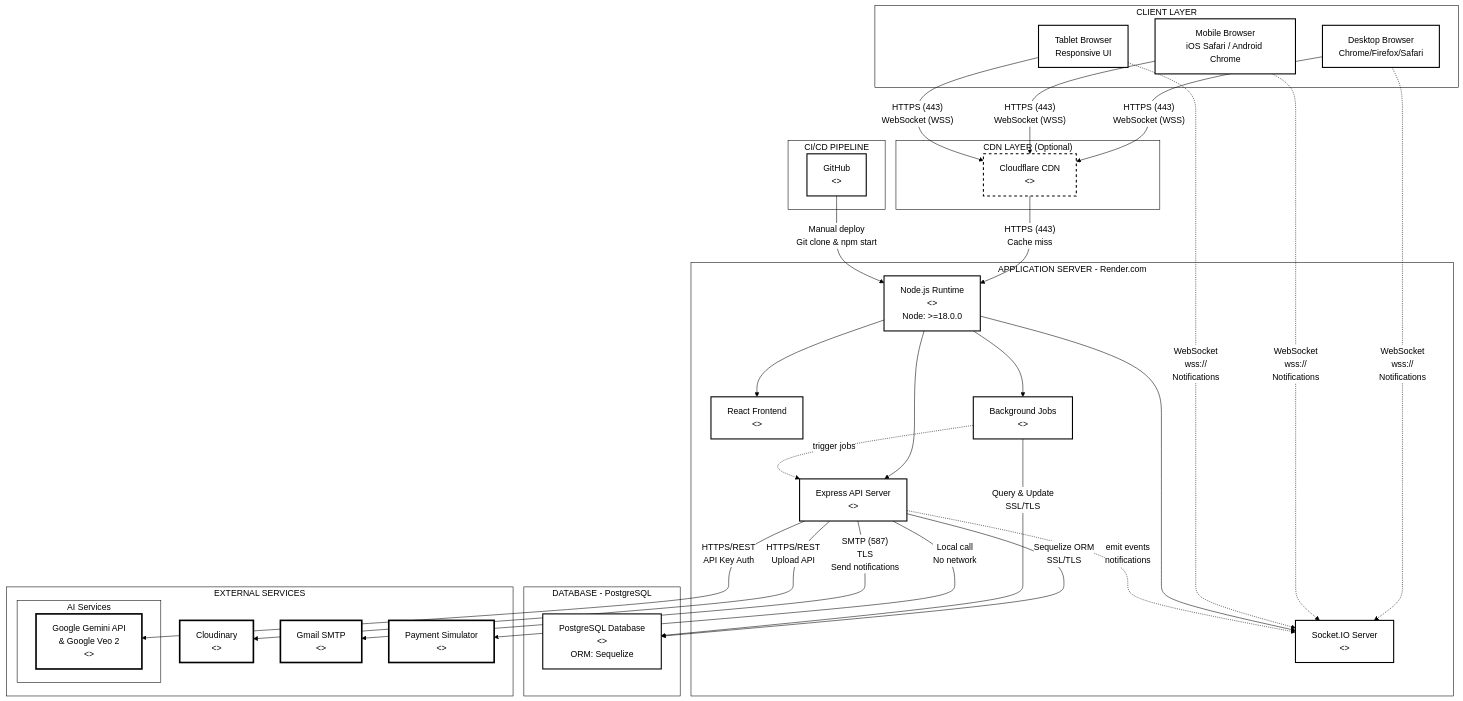
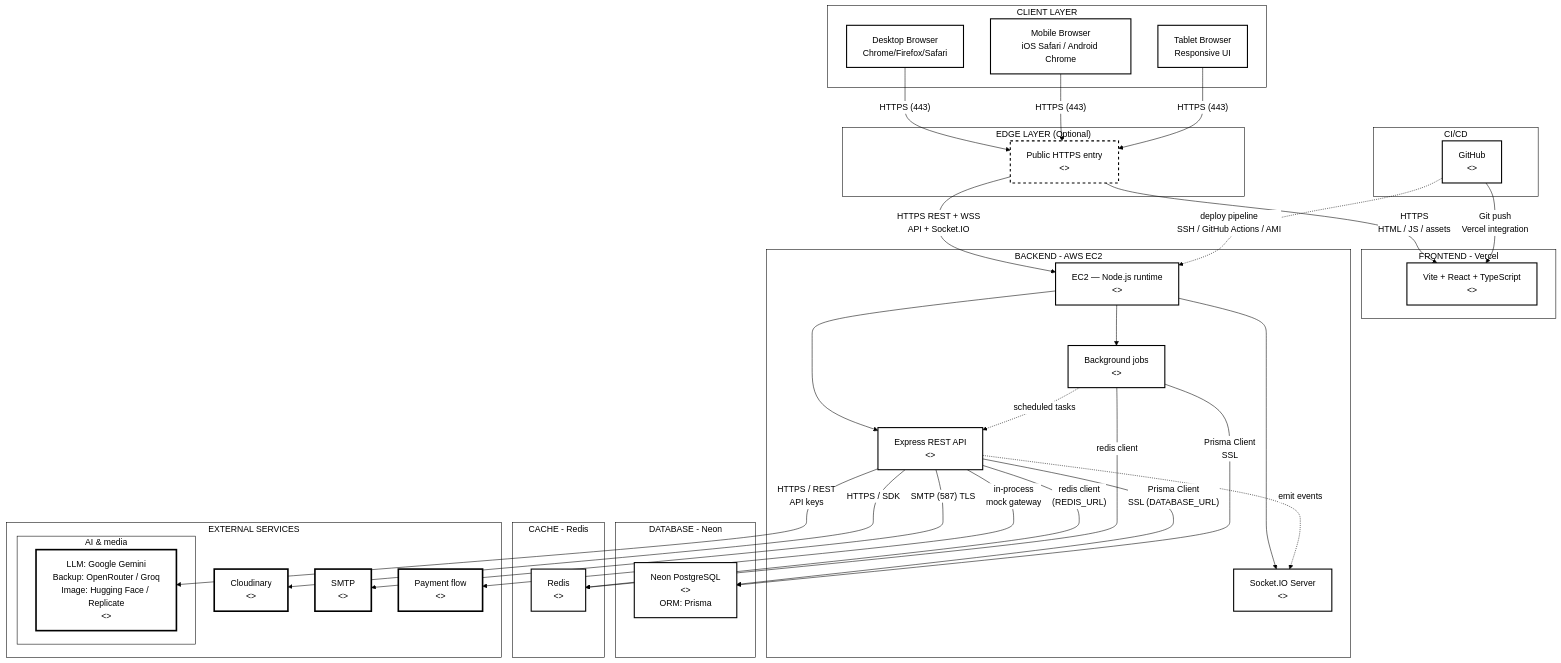
Before and after one commit to KeHamTruyen/SoCo-DATN: the diagram in Materials/Diagrams/Deployment Diagram.mmd, drawn with Mermaid. The commit also changed other lines of this file, not shown here.

Commit message:
docs(diagrams): update deployment architecture diagram

```diff
--- a/Materials/Diagrams/Deployment Diagram.mmd
+++ b/Materials/Diagrams/Deployment Diagram.mmd
@@ -1,105 +1,207 @@
 %%{init: {"theme": "base", "themeVariables": { "primaryColor": "#ffffff", "primaryBorderColor": "#000000", "primaryTextColor": "#000000", "secondaryColor": "#ffffff", "secondaryBorderColor": "#000000", "secondaryTextColor": "#000000", "tertiaryColor": "#ffffff", "tertiaryBorderColor": "#000000", "tertiaryTextColor": "#000000", "lineColor": "#000000", "textColor": "#000000" }}}%%
+
 graph TB
+
     subgraph "CLIENT LAYER"
+
         Desktop["Desktop Browser<br/>Chrome/Firefox/Safari"]
+
         Mobile["Mobile Browser<br/>iOS Safari / Android Chrome"]
+
         Tablet["Tablet Browser<br/>Responsive UI"]
+
     end
 
-    subgraph "CDN LAYER (Optional)"
-        CDN["Cloudflare CDN<br/><<Optional>>"]
+
+
+    subgraph "EDGE LAYER (Optional)"
+
+        CDN["Public HTTPS entry<br/><<optional: Cloudflare, custom domain, WAF>>"]
+
     end
 
-    subgraph "APPLICATION SERVER - Render.com"
-        AppServer["Node.js Runtime<br/><<execution environment>><br/>Node: >=18.0.0"]
-        
-        ReactApp["React Frontend<br/><<static files>>"]
-        
-        ExpressApp["Express API Server<br/><<application>>"]
-        
-        SocketServer["Socket.IO Server<br/><<integrated>>"]
-        
-        CronJobs["Background Jobs<br/><<node-cron>>"]
+
+
+    subgraph "FRONTEND - Vercel"
+
+        VercelApp["Vite + React + TypeScript<br/><<static SPA + Vercel Edge>>"]
+
     end
 
-    subgraph "DATABASE - PostgreSQL"
-        PostgreSQL["PostgreSQL Database<br/><<managed database>><br/>ORM: Sequelize"]
+
+
+    subgraph "BACKEND - AWS EC2"
+
+        EC2Host["EC2 — Node.js runtime<br/><<Express + HTTP server>>"]
+
+
+
+        ExpressApp["Express REST API<br/><<application>>"]
+
+
+
+        SocketServer["Socket.IO Server<br/><<realtime notifications>>"]
+
+
+
+        CronJobs["Background jobs<br/><<node-cron / scheduler>>"]
+
     end
 
-    subgraph "EXTERNAL SERVICES"
-        subgraph "AI Services"
-            GeminiAPI["Google Gemini API<br/>& Google Veo 2<br/><<external service>>"]
-        end
-        
-        FileStorage["Cloudinary<br/><<external service>>"]
-        
-        EmailService["Gmail SMTP<br/><<external service>>"]
-        
-        PaymentMock["Payment Simulator<br/><<mock service>>"]
+
+
+    subgraph "DATABASE - Neon"
+
+        NeonPG["Neon PostgreSQL<br/><<serverless Postgres>><br/>ORM: Prisma"]
+
     end
 
-    subgraph "CI/CD PIPELINE"
-        GitHub["GitHub<br/><<repository>>"]
+
+
+    subgraph "CACHE - Redis"
+
+        Redis["Redis<br/><<session/cache — e.g. ElastiCache, Upstash>>"]
+
     end
 
-    %% Client Connections
-    Desktop -->|"HTTPS (443)<br/>WebSocket (WSS)"| CDN
-    Mobile -->|"HTTPS (443)<br/>WebSocket (WSS)"| CDN
-    Tablet -->|"HTTPS (443)<br/>WebSocket (WSS)"| CDN
-    
-    %% CDN to App
-    CDN -->|"HTTPS (443)<br/>Cache miss"| AppServer
-    
-    %% Direct client to app (bypass CDN for WebSocket)
-    Desktop -.->|"WebSocket<br/>wss://<br/>Notifications"| SocketServer
-    Mobile -.->|"WebSocket<br/>wss://<br/>Notifications"| SocketServer
-    Tablet -.->|"WebSocket<br/>wss://<br/>Notifications"| SocketServer
-    
-    %% App Server Internals
-    AppServer --> ReactApp
-    AppServer --> ExpressApp
-    AppServer --> SocketServer
-    AppServer --> CronJobs
-    
-    %% Express to Socket.IO
-    ExpressApp -.->|"emit events<br/>notifications"| SocketServer
-    CronJobs -.->|"trigger jobs"| ExpressApp
-    
-    %% App to Database
-    ExpressApp -->|"Sequelize ORM<br/>SSL/TLS"| PostgreSQL
-    CronJobs -->|"Query & Update<br/>SSL/TLS"| PostgreSQL
-    
-    %% App to External APIs
-    ExpressApp -->|"HTTPS/REST<br/>API Key Auth"| GeminiAPI
-    
-    %% File Storage
-    ExpressApp -->|"HTTPS/REST<br/>Upload API"| FileStorage
-    
-    %% Email - Notifications
-    ExpressApp -->|"SMTP (587)<br/>TLS<br/>Send notifications"| EmailService
-    
-    %% Payment Simulation
-    ExpressApp -->|"Local call<br/>No network"| PaymentMock
-    
+
+
+    subgraph "EXTERNAL SERVICES"
+
+        subgraph "AI & media"
+
+            AIProviders["LLM: Google Gemini<br/>Backup: OpenRouter / Groq<br/>Image: Hugging Face / Replicate<br/><<HTTPS / API keys>>"]
+
+        end
+
+
+
+        FileStorage["Cloudinary<br/><<media upload & CDN>>"]
+
+
+
+        EmailService["SMTP<br/><<e.g. Gmail / transactional>>"]
+
+
+
+        PaymentMock["Payment flow<br/><<in-app mock confirm>>"]
+
+    end
+
+
+
+    subgraph "CI/CD"
+
+        GitHub["GitHub<br/><<repository>>"]
+
+    end
+
+
+
+    %% Clients → optional edge
+
+    Desktop -->|"HTTPS (443)"| CDN
+
+    Mobile -->|"HTTPS (443)"| CDN
+
+    Tablet -->|"HTTPS (443)"| CDN
+
+
+
+    %% Edge → frontend (SPA) and API origin (VITE_API_BASE_URL on EC2)
+
+    CDN -->|"HTTPS<br/>HTML / JS / assets"| VercelApp
+
+    CDN -->|"HTTPS REST + WSS<br/>API + Socket.IO"| EC2Host
+
+    %% EC2 internals
+
+    EC2Host --> ExpressApp
+
+    EC2Host --> SocketServer
+
+    EC2Host --> CronJobs
+
+
+
+    ExpressApp -.->|"emit events"| SocketServer
+
+    CronJobs -.->|"scheduled tasks"| ExpressApp
+
+
+
+    %% Data layer
+
+    ExpressApp -->|"Prisma Client<br/>SSL (DATABASE_URL)"| NeonPG
+
+    CronJobs -->|"Prisma Client<br/>SSL"| NeonPG
+
+    ExpressApp -->|"redis client<br/>(REDIS_URL)"| Redis
+
+    CronJobs -->|"redis client"| Redis
+
+
+
+    %% External APIs
+
+    ExpressApp -->|"HTTPS / REST<br/>API keys"| AIProviders
+
+    ExpressApp -->|"HTTPS / SDK"| FileStorage
+
+    ExpressApp -->|"SMTP (587) TLS"| EmailService
+
+    ExpressApp -->|"in-process<br/>mock gateway"| PaymentMock
+
+
+
     %% CI/CD
-    GitHub -->|"Manual deploy<br/>Git clone & npm start"| AppServer
-    
+
+    GitHub -->|"Git push<br/>Vercel integration"| VercelApp
+
+    GitHub -.->|"deploy pipeline<br/>SSH / GitHub Actions / AMI"| EC2Host
+
+
+
     %% Styling (monochrome for printing)
+
     classDef client fill:#ffffff,stroke:#000000,stroke-width:2px
+
     classDef cdn fill:#ffffff,stroke:#000000,stroke-width:2px
+
+    classDef frontend fill:#ffffff,stroke:#000000,stroke-width:2px
+
     classDef server fill:#ffffff,stroke:#000000,stroke-width:2px
+
     classDef database fill:#ffffff,stroke:#000000,stroke-width:2px
+
     classDef cache fill:#ffffff,stroke:#000000,stroke-width:2px
+
     classDef external fill:#ffffff,stroke:#000000,stroke-width:2px
+
     classDef free fill:#ffffff,stroke:#000000,stroke-width:3px
+
     classDef cicd fill:#ffffff,stroke:#000000,stroke-width:2px
+
     classDef optional fill:#ffffff,stroke:#000000,stroke-width:2px,stroke-dasharray: 5 5
-    
+
+
+
     class Desktop,Mobile,Tablet client
+
     class CDN cdn
-    class AppServer,ReactApp,ExpressApp,SocketServer,CronJobs server
-    class PostgreSQL database
-    class GeminiAPI,FileStorage,EmailService,PaymentMock external
-    class GeminiAPI,FileStorage,EmailService,PaymentMock free
+
+    class VercelApp frontend
+
+    class EC2Host,ExpressApp,SocketServer,CronJobs server
+
+    class NeonPG database
+
+    class Redis cache
+
+    class AIProviders,FileStorage,EmailService,PaymentMock external
+
+    class AIProviders,FileStorage,EmailService,PaymentMock free
+
     class GitHub cicd
+
     class CDN optional
```
